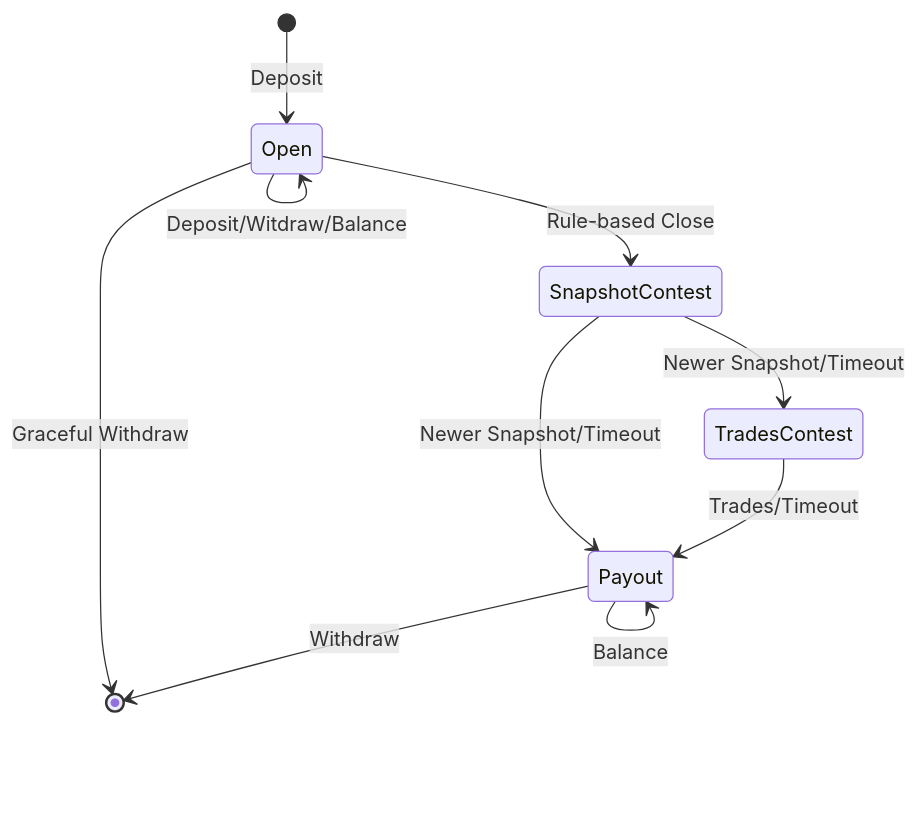
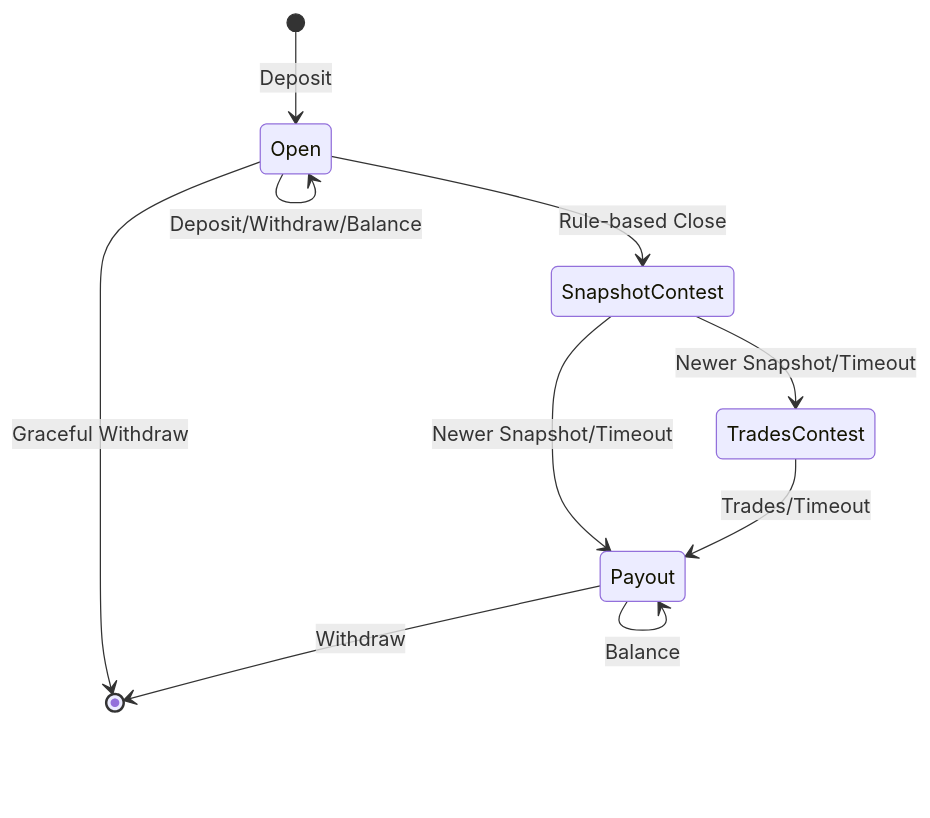
One commit to lantr-io/cosmex changed the second of 2 diagrams in docs/Litepaper.md. Above: the diagram before and after it, drawn with Mermaid. The commit also changed other lines of this file and 1 other file, not shown here.

````diff
--- a/docs/Litepaper.md
+++ b/docs/Litepaper.md
@@ -87,12 +87,12 @@
 ```mermaid
 stateDiagram-v2
       [*]-->Open: Deposit
-      Open-->Open: Deposit/Witdraw/Balance
+      Open-->Open: Deposit/Withdraw/Balance
       Open-->SnapshotContest : Rule-based Close
       Open-->[*]: Graceful Withdraw
       SnapshotContest-->TradesContest : Newer Snapshot/Timeout
       SnapshotContest-->Payout : Newer Snapshot/Timeout
       TradesContest-->Payout : Trades/Timeout
       Payout-->Payout : Balance
       Payout-->[*] : Withdraw
 ```
````
